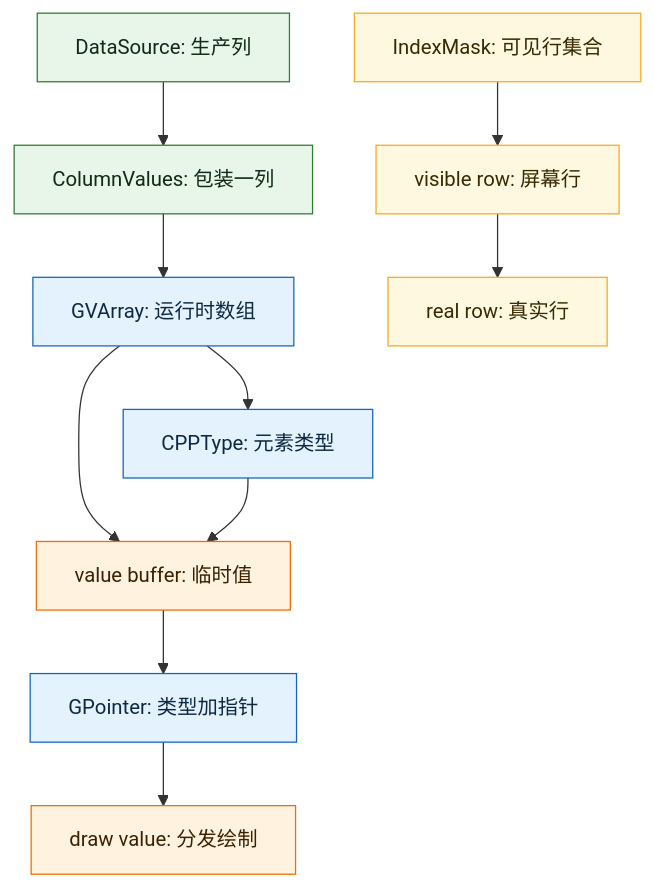
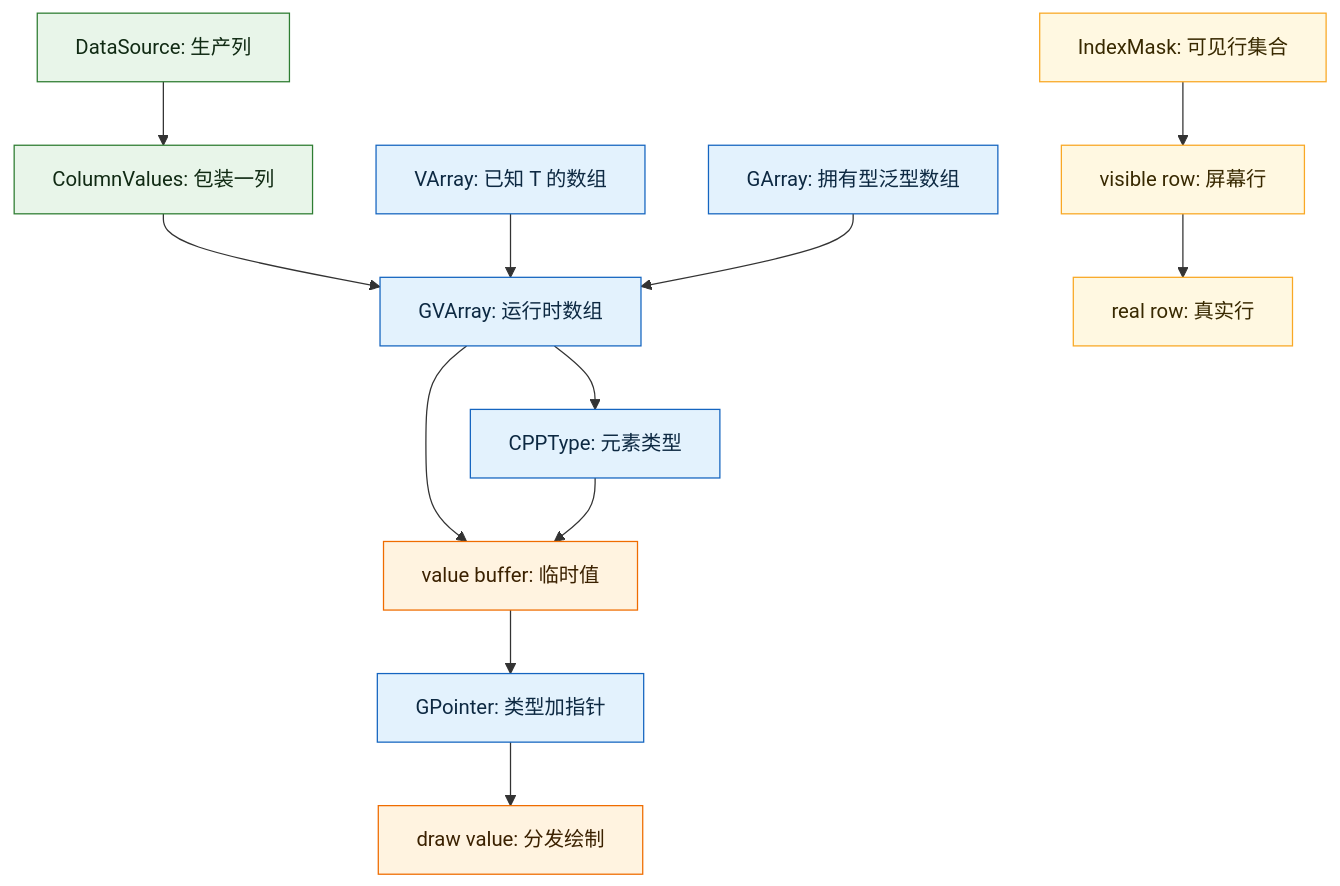
One commit to yunkezengren/blender-.vscode changed the first of 11 diagrams in 杂/markdown/space_spreadsheet/16-ColumnValues-GVArray-CPPType-GPointer-IndexMask关系.md. Above: the diagram before and after it, drawn with Mermaid. The commit also changed other lines of this file and 3 other files, not shown here.

````diff
--- a/杂/markdown/space_spreadsheet/16-ColumnValues-GVArray-CPPType-GPointer-IndexMask关系.md
+++ b/杂/markdown/space_spreadsheet/16-ColumnValues-GVArray-CPPType-GPointer-IndexMask关系.md
@@ -24,21 +76,23 @@
 ```mermaid
 graph TD
     A["DataSource: 生产列"] --> B["ColumnValues: 包装一列"]
     B --> C["GVArray: 运行时数组"]
+    V["VArray: 已知 T 的数组"] --> C
+    GA["GArray: 拥有型泛型数组"] --> C
     C --> D["CPPType: 元素类型"]
     E["IndexMask: 可见行集合"] --> F["visible row: 屏幕行"]
     F --> G["real row: 真实行"]
     C --> H["value buffer: 临时值"]
     D --> H
     H --> I["GPointer: 类型加指针"]
     I --> J["draw value: 分发绘制"]
 
     classDef source fill:#e8f5e9,stroke:#2e7d32,color:#102a13;
     classDef type fill:#e3f2fd,stroke:#1565c0,color:#0d2942;
     classDef row fill:#fff8e1,stroke:#f9a825,color:#382900;
     classDef draw fill:#fff3e0,stroke:#ef6c00,color:#3b2100;
     class A,B source;
-    class C,D,I type;
+    class C,D,I,V,GA type;
     class E,F,G row;
     class H,J draw;
 ```
````
